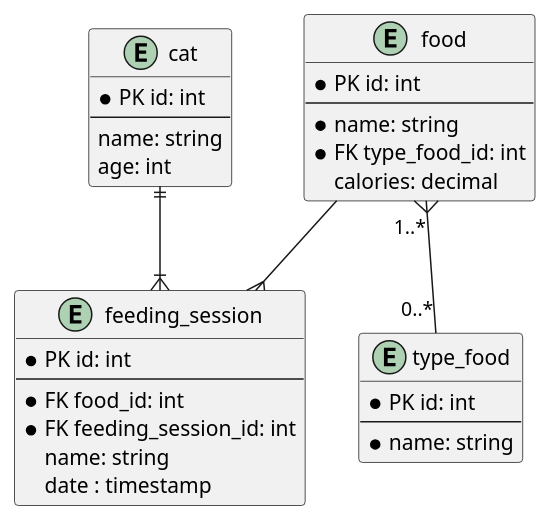
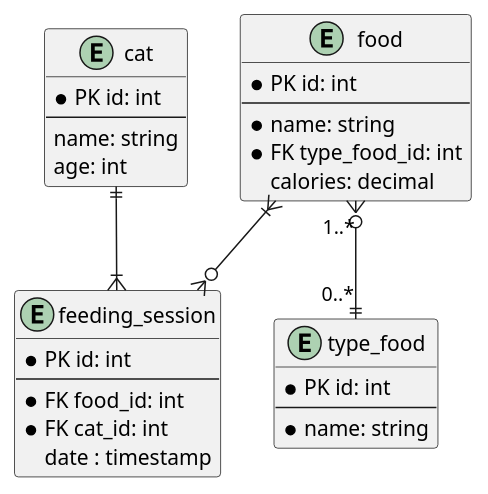
One commit to Julia5353/plantuml changed the diagram in src/ER/EatingCat.puml. Above: the diagram before and after it, drawn with PlantUML. The commit also changed 4 other files, not shown here.

Commit message:
add plantuml ER and sequence files

```diff
--- a/src/ER/EatingCat.puml
+++ b/src/ER/EatingCat.puml
@@ -1,41 +1,40 @@
 @startuml
 
 entity cat
 {
   *PK id: int
   --
   name: string
   age: int
 }
 
 entity food
 {
   *PK id: int
   --
   *name: string
   *FK type_food_id: int
   calories: decimal
 }
 
 entity type_food
 {
   *PK id: int
   --
   *name: string
 }
 
 entity feeding_session
 {
   *PK id: int
   --
   *FK food_id: int
-  *FK feeding_session_id: int
-  name: string
+  *FK cat_id: int
   date : timestamp
 }
 
 cat ||--|{ feeding_session
-food "1..*" }-- "0..*" type_food
-food --{ feeding_session
+food "1..*" }o--|| "0..*" type_food
+food }|--o{ feeding_session
 
 @enduml
```
